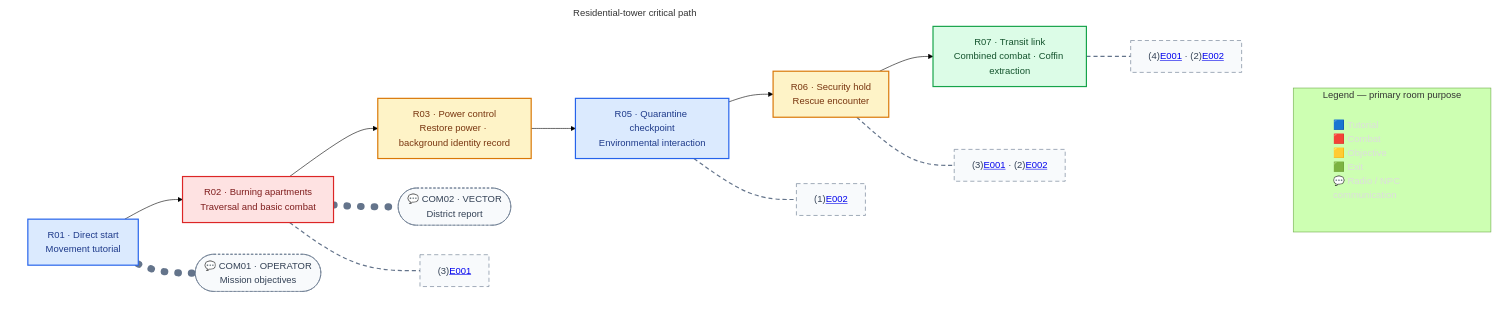
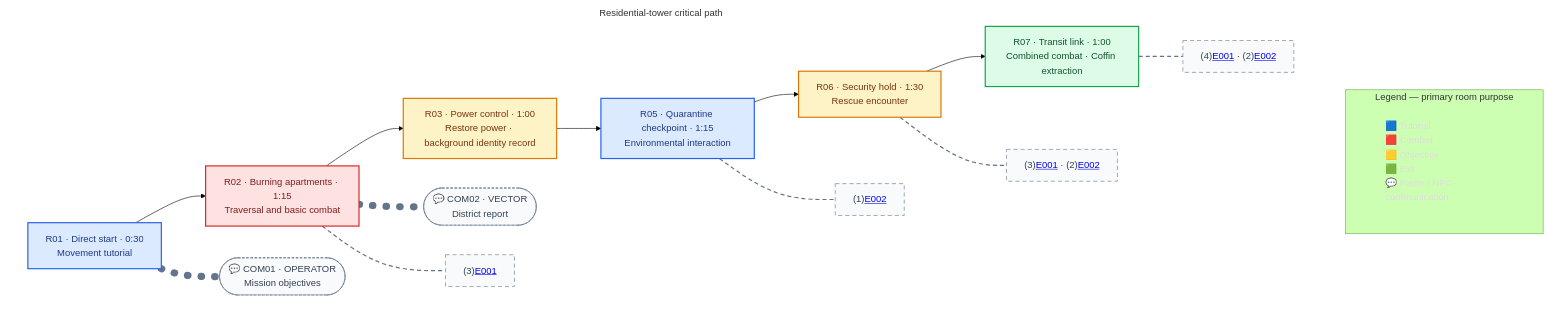
One commit to justgook/imprint-zero changed the diagram in missions/m01.md. Above: the diagram before and after it, drawn with Mermaid (forest theme). The commit also changed other lines of this file, not shown here.

Commit message:
⏱️(missions): restore M01 timing targets and playtest tracker

````diff
--- a/missions/m01.md
+++ b/missions/m01.md
@@ -20,45 +20,45 @@
 ```mermaid
 flowchart TB
     subgraph Legend[Legend — primary room purpose]
         L["🟦 Tutorial<br/>🟥 Combat<br/>🟨 Objective<br/>🟩 Exit<br/>💬 Radio / NPC communication"]
     end
 
     subgraph Route[Residential-tower critical path]
         direction LR
-        R01["R01 · Direct start<br/>Movement tutorial"] --> R02["R02 · Burning apartments<br/>Traversal and basic combat"]
-        R02 --> R03["R03 · Power control<br/>Restore power · background identity record"]
-        R03 --> R05["R05 · Quarantine checkpoint<br/>Environmental interaction"]
-        R05 --> R06["R06 · Security hold<br/>Rescue encounter"]
-        R06 --> R07["R07 · Transit link<br/>Combined combat · Coffin extraction"]
+        R01["R01 · Direct start · 0:30<br/>Movement tutorial"] --> R02["R02 · Burning apartments · 1:15<br/>Traversal and basic combat"]
+        R02 --> R03["R03 · Power control · 1:00<br/>Restore power · background identity record"]
+        R03 --> R05["R05 · Quarantine checkpoint · 1:15<br/>Environmental interaction"]
+        R05 --> R06["R06 · Security hold · 1:30<br/>Rescue encounter"]
+        R06 --> R07["R07 · Transit link · 1:00<br/>Combined combat · Coffin extraction"]
 
         R01 -.- COM01(["💬 COM01 · OPERATOR<br/>Mission objectives"])
         R02 -.- COM02(["💬 COM02 · VECTOR<br/>District report"])
 
         R02 -.- R02EN["(3)<a href='#/enemies/e001'>E001</a>"]
         R05 -.- R05EN["(1)<a href='#/enemies/e002'>E002</a>"]
         R06 -.- R06EN["(3)<a href='#/enemies/e001'>E001</a> · (2)<a href='#/enemies/e002'>E002</a>"]
         R07 -.- R07EN["(4)<a href='#/enemies/e001'>E001</a> · (2)<a href='#/enemies/e002'>E002</a>"]
     end
 
     click COM01 href "#/locale/en/dialogue.po?entry=dialogue.m01.com01"
     click COM02 href "#/locale/en/dialogue.po?entry=dialogue.m01.com02"
 
     classDef tutorial fill:#dbeafe,stroke:#2563eb,color:#1e3a8a,stroke-width:2px;
     classDef combat fill:#fee2e2,stroke:#dc2626,color:#7f1d1d,stroke-width:2px;
     classDef objective fill:#fef3c7,stroke:#d97706,color:#78350f,stroke-width:2px;
     classDef exit fill:#dcfce7,stroke:#16a34a,color:#14532d,stroke-width:2px;
     classDef communication fill:#f8fafc,stroke:#64748b,color:#334155,stroke-width:1px,stroke-dasharray:4 3;
     classDef roomContent fill:#f8fafc,stroke:#64748b,color:#334155,stroke-width:1px,stroke-dasharray:7 5;
     classDef legend fill:none,stroke:none,color:#ddd,text-align:left;
 
     class R01,R05 tutorial;
     class R02 combat;
     class R03,R06 objective;
     class R07 exit;
     class COM01,COM02 communication;
     class R02EN,R05EN,R06EN,R07EN roomContent;
     class L legend;
     linkStyle 5,6 stroke:#64748b,stroke-width:12px,stroke-dasharray:1 22,stroke-linecap:round;
     linkStyle 7,8,9,10 stroke:#64748b,stroke-width:2px,stroke-dasharray:7 5;
     style Route fill:none,stroke:none;
 ```
````
